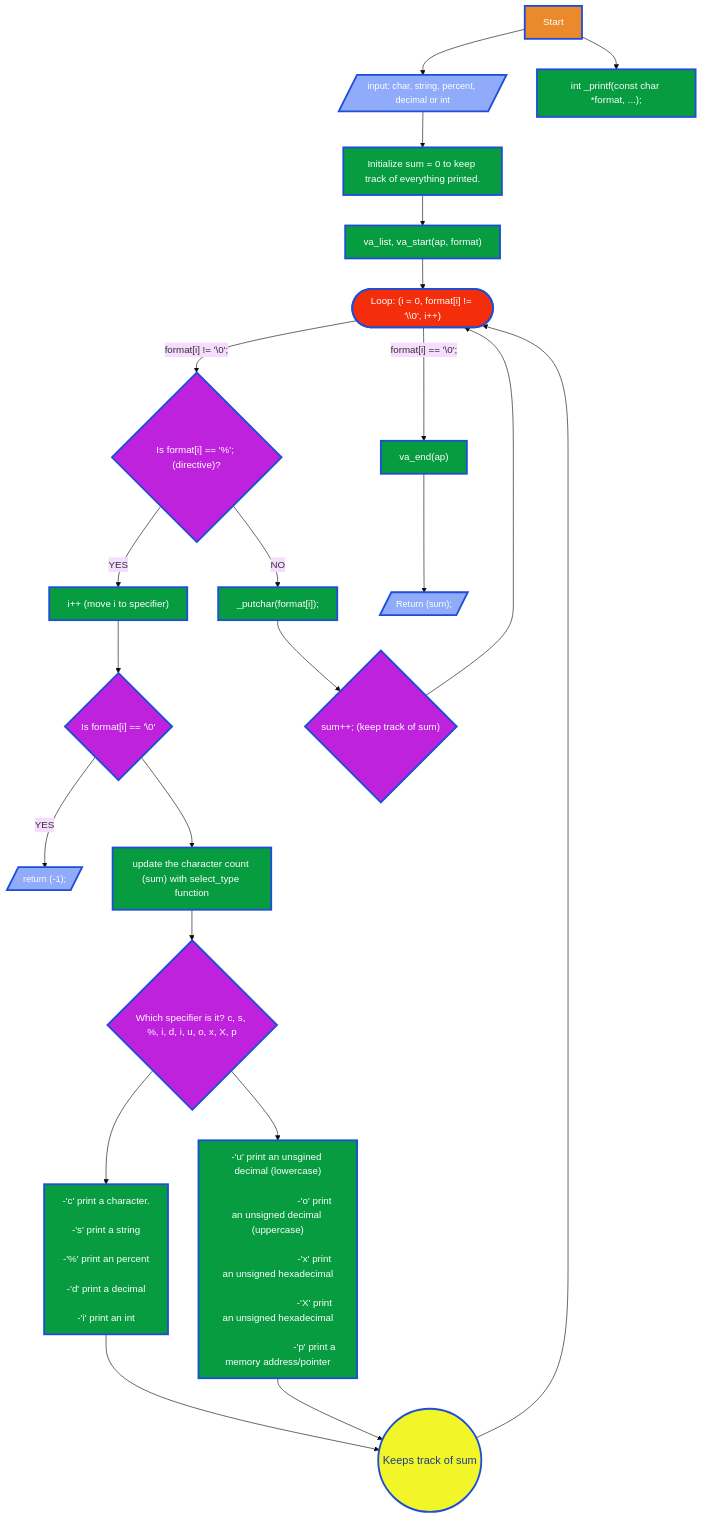
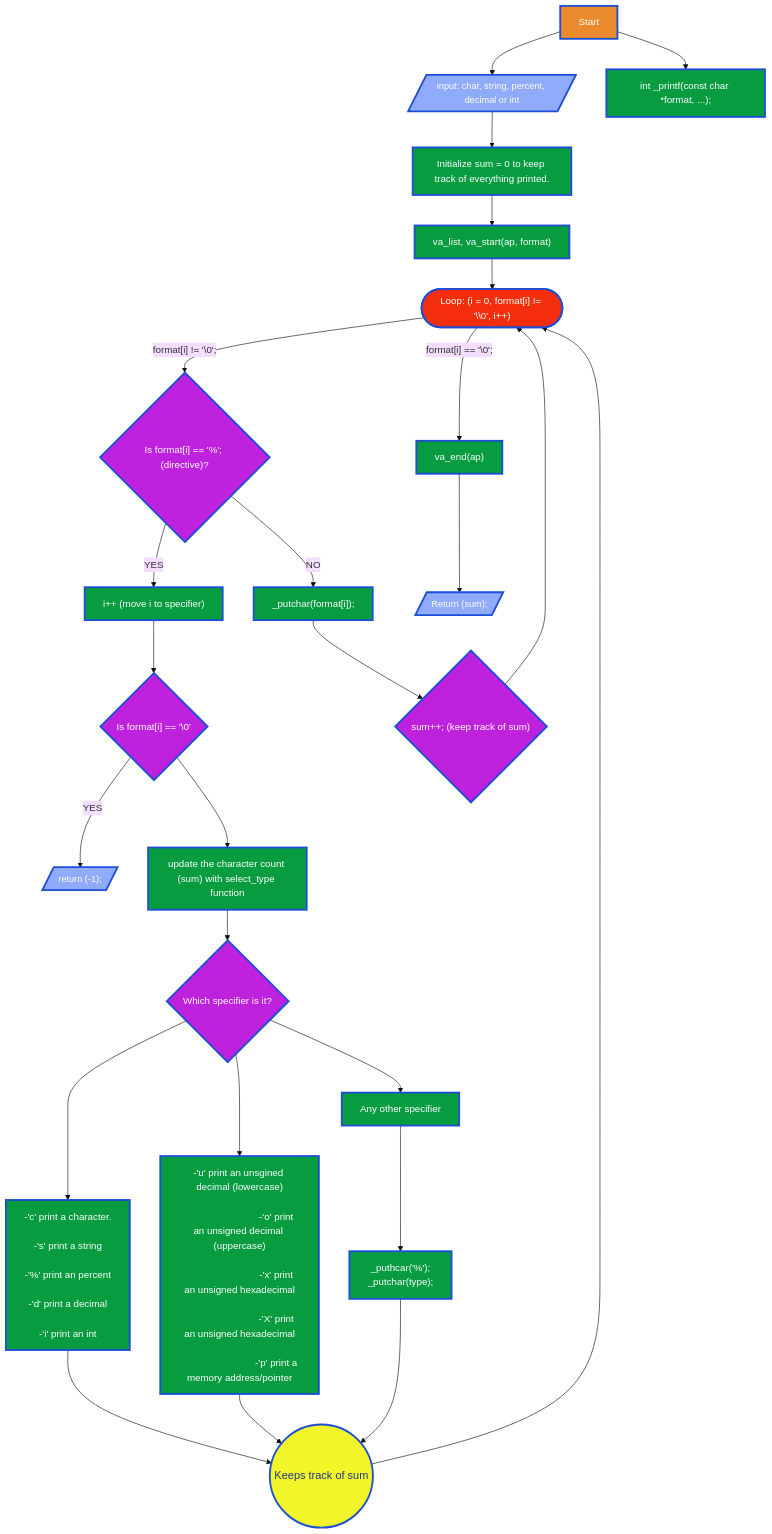
The diagram in README.md (juliangf94/holbertonschool-printf), drawn with Mermaid (base theme) before and after one commit.

Commit message:
Fix the README.md file

````diff
--- a/README.md
+++ b/README.md
@@ -130,53 +130,54 @@
 ```mermaid
 flowchart TB
     A["Start"] --> B[/"input: char, string, percent, decimal or int"/]
     A --> C["int _printf(const char *format, ...);"]
     B --> D["Initialize sum = 0 to keep track of everything printed."]
     D --> E["va_list, va_start(ap, format)"]
         %% Structure of loop
         E --> AA(["Loop: (i = 0, format[i] != '\\0', i++)"])
             %% Loop start
             AA -- format[i] != '\0';--> AB{"Is format[i] == '%'; (directive)?"}
                 %% Directive found
                 AB -- YES --> AC["i++ (move i to specifier)"]
                 AC --> ACA{"Is format[i] == '\0'"}
                 ACA -- YES --> ACB[/"return (-1);"/]
                 ACA --> ACC["update the character count (sum) with select_type function"]
-                        ACC --> AD{"Which specifier is it? c, s, %, i, d, i, u, o, x, X, p"}
+                        ACC --> AD{"Which specifier is it?"}
                             AD --> AE[" 
                             -'c' print a character.<br/>
                             -'s' print a string<br/>
                             -'%' print an percent<br/>
                             -'d' print a decimal<br/>
                             -'i' print an int<br/>"] & AF["
                             -'u' print an unsgined decimal (lowercase)<br/>
                             -'o' print an unsigned decimal (uppercase)<br/>
                             -'x' print an unsigned hexadecimal<br/>
                             -'X' print an unsigned hexadecimal<br/>
                             -'p' print a memory address/pointer<br/>
                             "]
-                        AE & AF --> AJ(("Keeps track of sum")) 
-                        AJ --> AA
+                            AD --> ADA["Any other specifier"] --> ADB["_puthcar('%');<BR/> _putchar(type); "] 
+                        AE & AF & ADB --> AG(("Keeps track of sum")) 
+                        AG --> AA
                 %% Directive not found, prints regular character
                 AB -- NO --> BA["_putchar(format[i]);"]
                 BA --> BB{"sum++; (keep track of sum)" }
                     BB --> AA
             %% Loop End    
             AA -- format[i] == '\0';--> H["va_end(ap)"]
             H --> I[/"Return (sum);"/]
 
     %% Style
     classDef start fill:#EB892D,stroke:#1D4ED8,stroke-width:3px,color:white, font-size:16px;
     classDef process fill:#079C40,stroke:#1D4ED8,stroke-width:3px,color:white, font-size:16px;
     classDef data fill:#8FABFA,stroke:#1D4ED8,stroke-width:3px,color:white, font-size:15px;
     classDef loop fill:#F42E0B,stroke:#1D4ED8,stroke-width:3px,color:white, font-size:16px;
     classDef decision fill:#BE22DD,stroke:#1D4ED8,stroke-width:3px,color:white, font-size:16px;
     classDef connector fill:#F2F527,stroke:#1D4ED8,stroke-width:3px,color:#1E3A8A, font-size:18px;
 
     class A start;
-    class C,D,E,AC,ACC,AE,AF,BA,H process;
+    class C,D,E,AC,ACC,ADA,ADB,AE,AF,BA,H process;
     class AA loop;
     class B,I,ACB data;
     class F,AB,AD,ACA,BB decision;
-    class AJ connector;
+    class AG connector;
 ```
````
